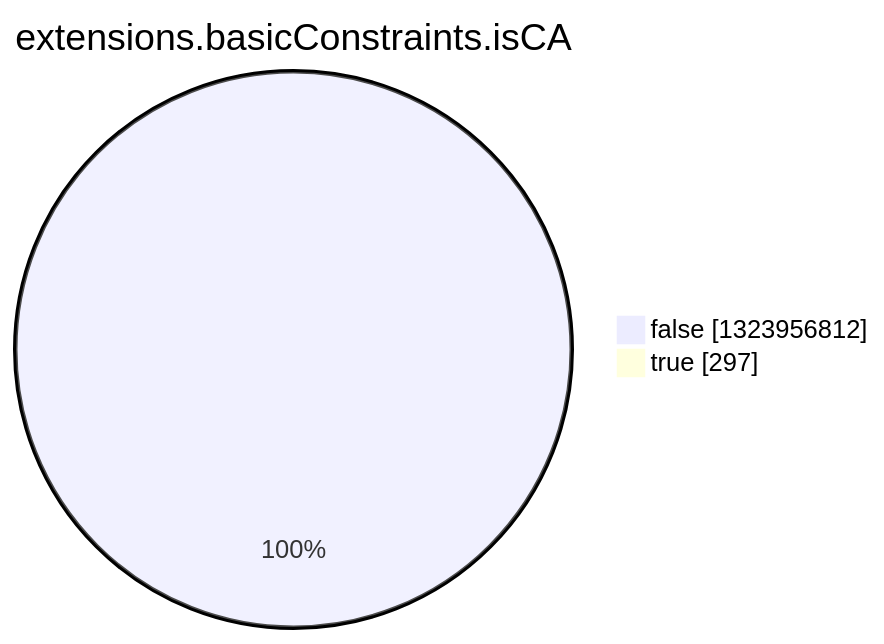
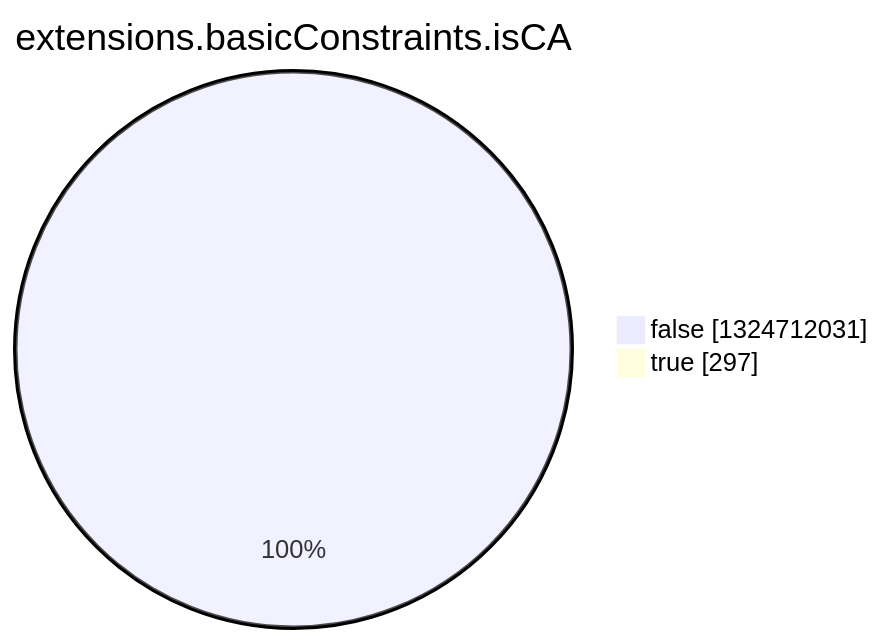
Before and after one commit to christiankrug/ctmonitor_visualization: the eighth of 15 diagrams in argon2022/README.md, drawn with Mermaid. The commit also changed other lines of this file, not shown here.

````diff
--- a/argon2022/README.md
+++ b/argon2022/README.md
@@ -2758,6 +2758,6 @@
 ```mermaid
 pie showData
 title extensions.basicConstraints.isCA
-"false" :1323956812
+"false" :1324712031
 "true" :297
 ```
````
